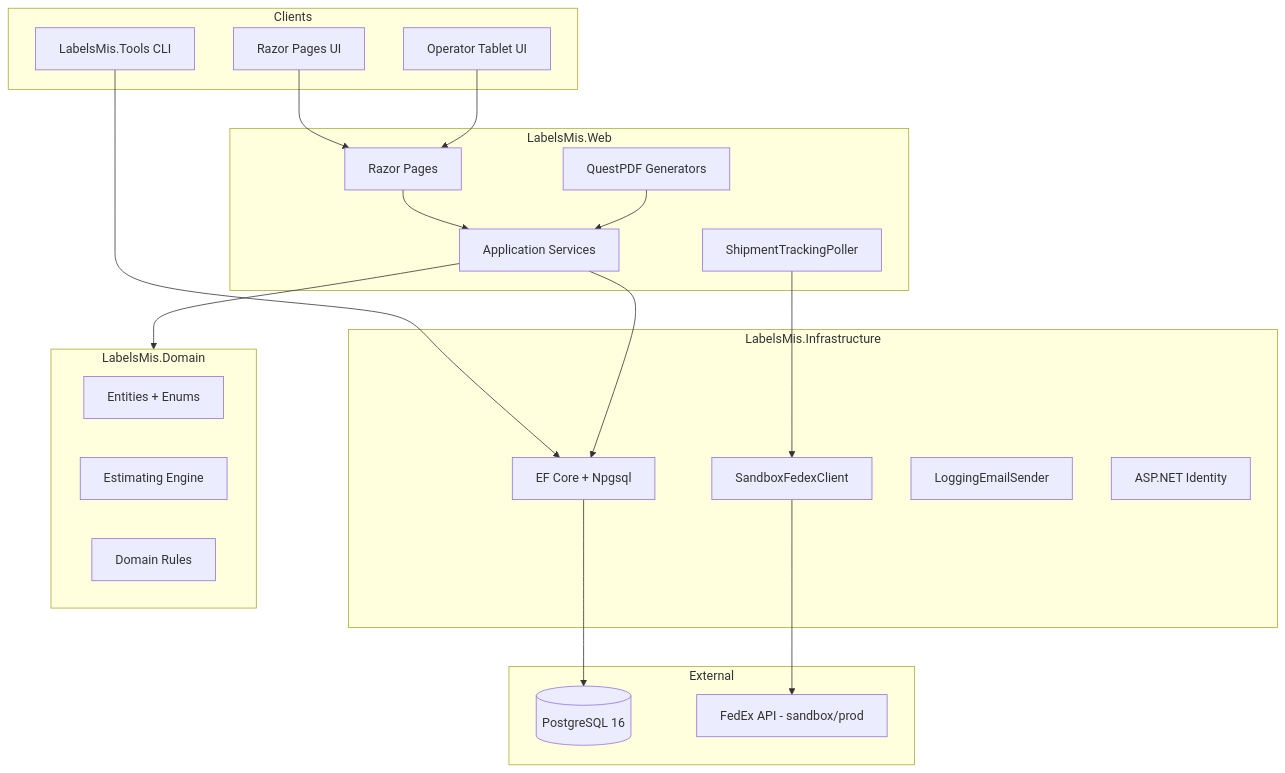
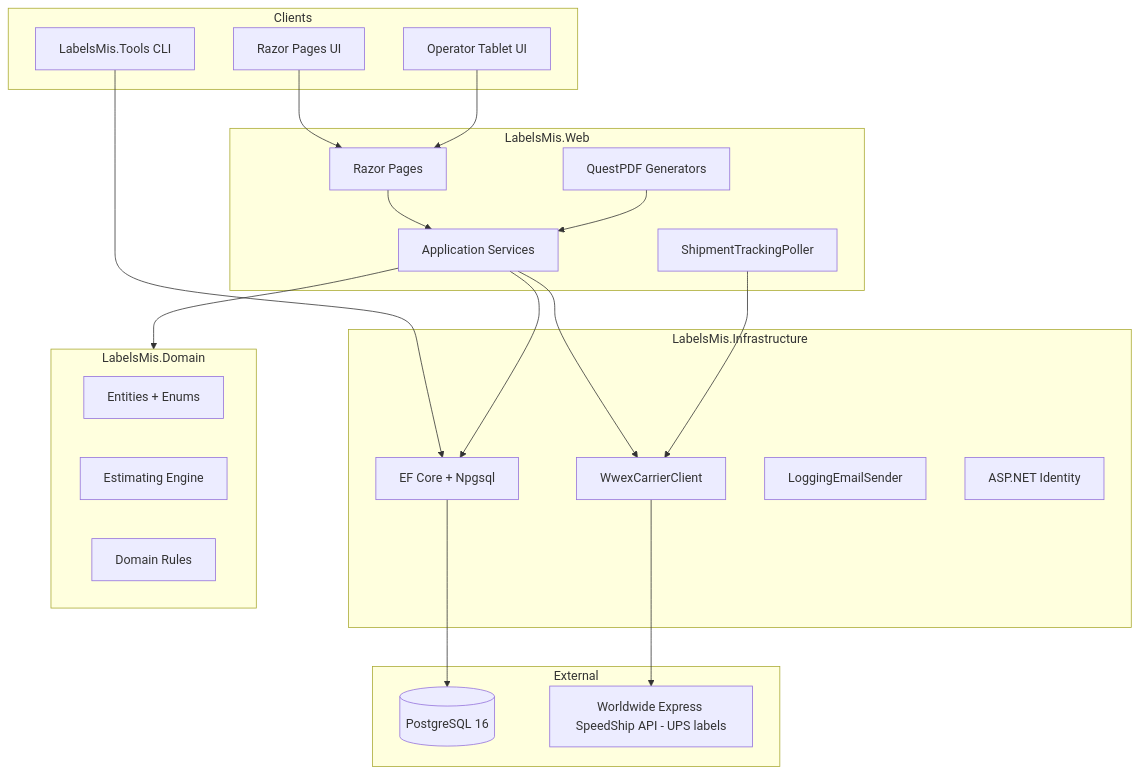
Before and after one commit to ThadPinch/label-mis: the diagram in docs/architecture.md, drawn with Mermaid. The commit also changed other lines of this file and 59 other files, not shown here.

First line of the commit message:
U2: Replace the FedEx stub with a carrier seam and the WWEX client

````diff
--- a/docs/architecture.md
+++ b/docs/architecture.md
@@ -5,44 +5,45 @@
 ```mermaid
 flowchart TB
     subgraph clients [Clients]
         Browser[Razor Pages UI]
         Operator[Operator Tablet UI]
         Tools[LabelsMis.Tools CLI]
     end
 
     subgraph web [LabelsMis.Web]
         Pages[Razor Pages]
         Services[Application Services]
         PDF[QuestPDF Generators]
         Poller[ShipmentTrackingPoller]
     end
 
     subgraph infra [LabelsMis.Infrastructure]
         EF[EF Core + Npgsql]
-        Fedex[SandboxFedexClient]
+        Carrier[WwexCarrierClient]
         Email[LoggingEmailSender]
         Identity[ASP.NET Identity]
     end
 
     subgraph domain [LabelsMis.Domain]
         Entities[Entities + Enums]
         Engine[Estimating Engine]
         Rules[Domain Rules]
     end
 
     subgraph external [External]
         PG[(PostgreSQL 16)]
-        FedexAPI[FedEx API - sandbox/prod]
+        CarrierAPI[Worldwide Express SpeedShip API - UPS labels]
     end
 
     Browser --> Pages
     Operator --> Pages
     Tools --> EF
     Pages --> Services
     Services --> domain
     Services --> EF
-    Poller --> Fedex
-    Fedex --> FedexAPI
+    Services --> Carrier
+    Poller --> Carrier
+    Carrier --> CarrierAPI
     EF --> PG
     PDF --> Services
 ```
````
